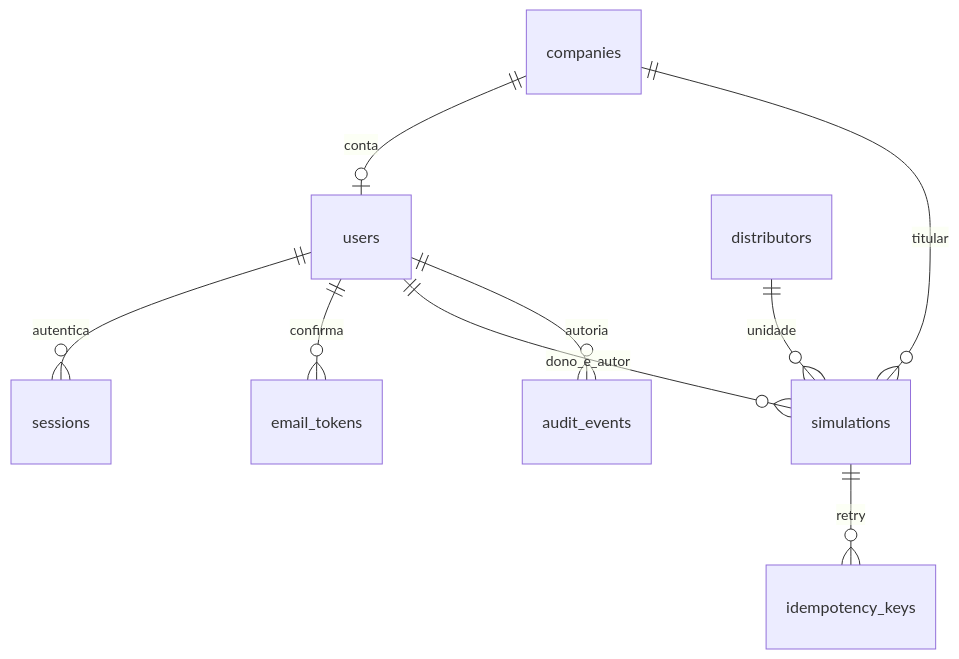
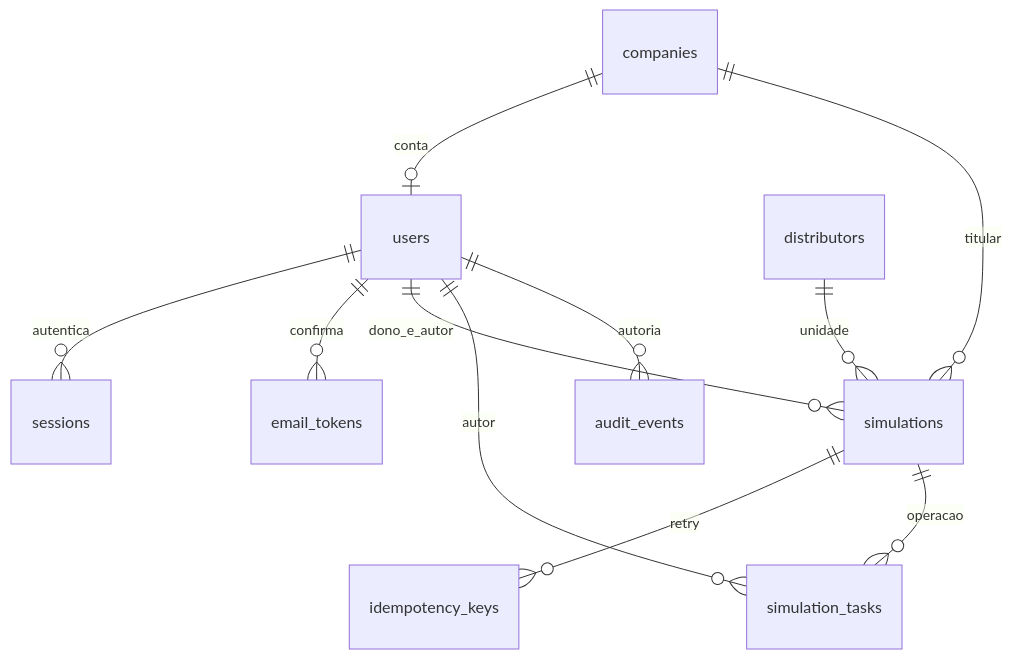
Before and after one commit to virgilio-vpr/EcoWatt: the diagram in docs/DATABASE.md, drawn with Mermaid. The commit also changed other lines of this file and 13 other files, not shown here.

````diff
--- a/docs/DATABASE.md
+++ b/docs/DATABASE.md
@@ -11,11 +13,13 @@
 ```mermaid
 erDiagram
   companies ||--o| users : conta
   users ||--o{ sessions : autentica
   users ||--o{ email_tokens : confirma
   users ||--o{ simulations : dono_e_autor
   companies ||--o{ simulations : titular
   distributors ||--o{ simulations : unidade
   simulations ||--o{ idempotency_keys : retry
+  simulations ||--o{ simulation_tasks : operacao
+  users ||--o{ simulation_tasks : autor
   users ||--o{ audit_events : autoria
 ```
````
